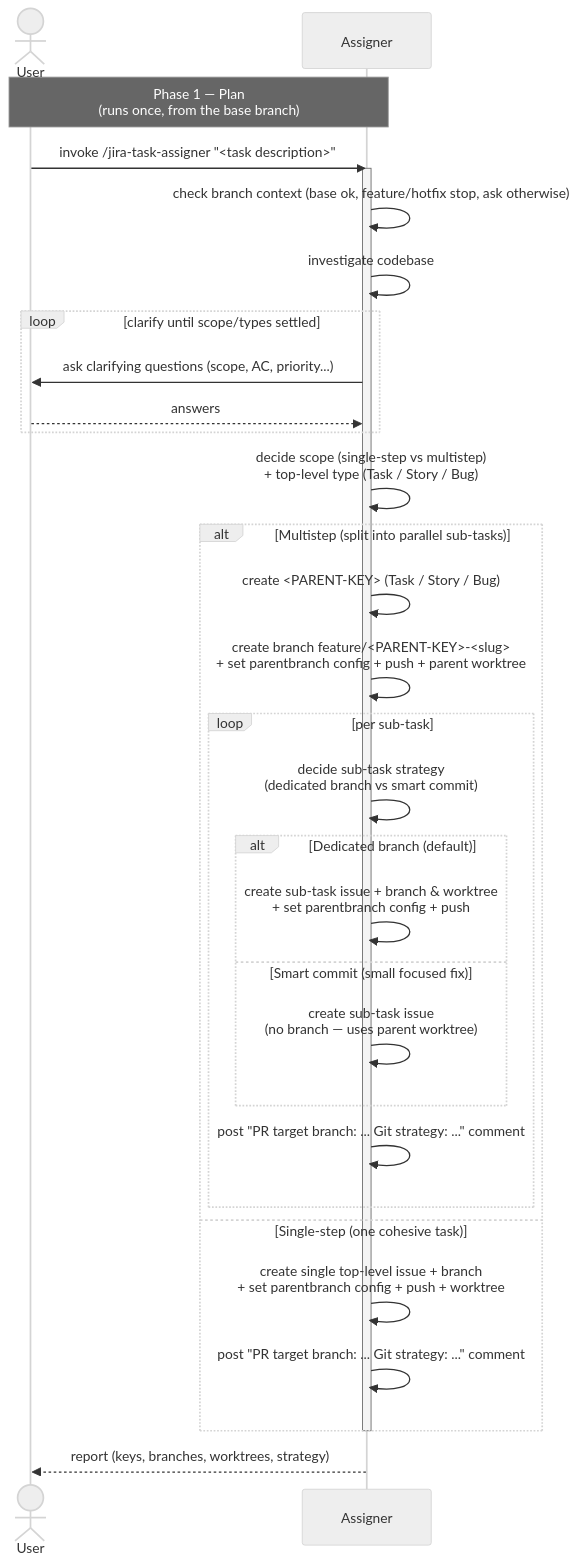
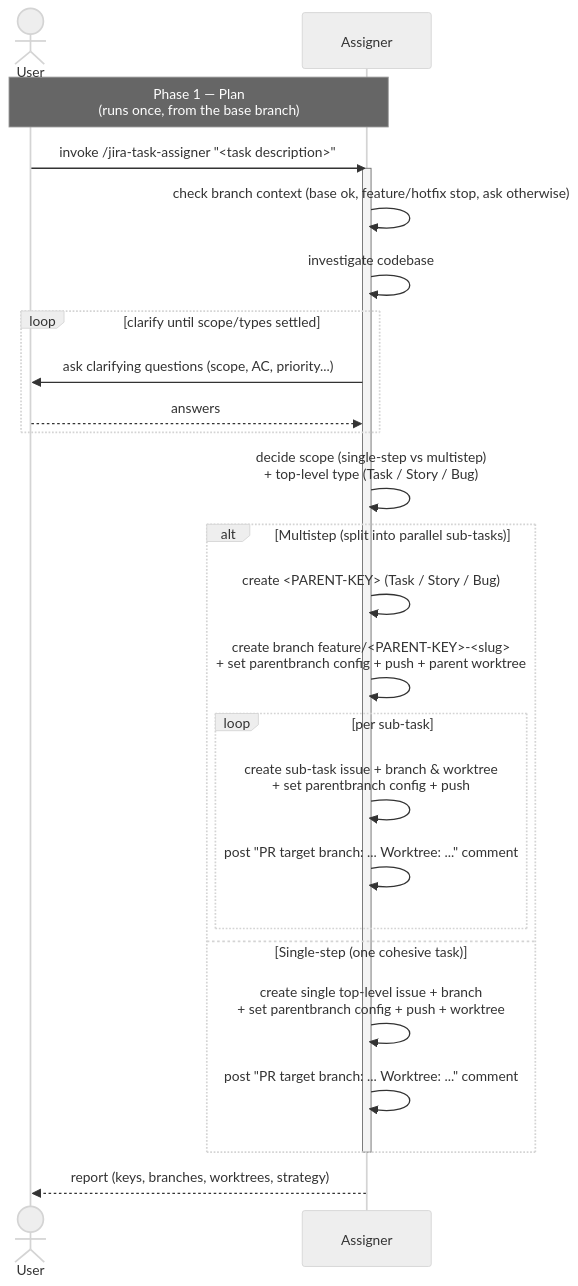
One commit to kantorv/jira-sdlc-tools changed the diagram in plugins/jira-sdlc/docs/TASK-LIFECYCLE-PHASE-1.md. Above: the diagram before and after it, drawn with Mermaid (neutral theme). The commit also changed other lines of this file and 11 other files, not shown here.

````diff
--- a/plugins/jira-sdlc/docs/TASK-LIFECYCLE-PHASE-1.md
+++ b/plugins/jira-sdlc/docs/TASK-LIFECYCLE-PHASE-1.md
@@ -16,39 +16,34 @@
 ```mermaid
 sequenceDiagram
     actor User
     participant Assigner
 
     Note over User,Assigner: Phase 1 — Plan<br/>(runs once, from the base branch)
     User->>Assigner: invoke /jira-task-assigner "<task description>"
 
     activate Assigner
     Assigner->>Assigner: check branch context (base ok, feature/hotfix stop, ask otherwise)
     Assigner->>Assigner: investigate codebase
 
     loop clarify until scope/types settled
         Assigner->>User: ask clarifying questions (scope, AC, priority...)
         User-->>Assigner: answers
     end
 
     Assigner->>Assigner: decide scope (single-step vs multistep)<br/>+ top-level type (Task / Story / Bug)
 
     alt Multistep (split into parallel sub-tasks)
         Assigner->>Assigner: create <PARENT-KEY> (Task / Story / Bug)
         Assigner->>Assigner: create branch feature/<PARENT-KEY>-<slug><br/>+ set parentbranch config + push + parent worktree
         loop per sub-task
-            Assigner->>Assigner: decide sub-task strategy<br/>(dedicated branch vs smart commit)
-            alt Dedicated branch (default)
-                Assigner->>Assigner: create sub-task issue + branch & worktree<br/>+ set parentbranch config + push
-            else Smart commit (small focused fix)
-                Assigner->>Assigner: create sub-task issue<br/>(no branch — uses parent worktree)
-            end
-            Assigner->>Assigner: post "PR target branch: ... Git strategy: ..." comment
+            Assigner->>Assigner: create sub-task issue + branch & worktree<br/>+ set parentbranch config + push
+            Assigner->>Assigner: post "PR target branch: ... Worktree: ..." comment
         end
     else Single-step (one cohesive task)
         Assigner->>Assigner: create single top-level issue + branch<br/>+ set parentbranch config + push + worktree
-        Assigner->>Assigner: post "PR target branch: ... Git strategy: ..." comment
+        Assigner->>Assigner: post "PR target branch: ... Worktree: ..." comment
     end
     deactivate Assigner
 
     Assigner-->>User: report (keys, branches, worktrees, strategy)
 ```
````
